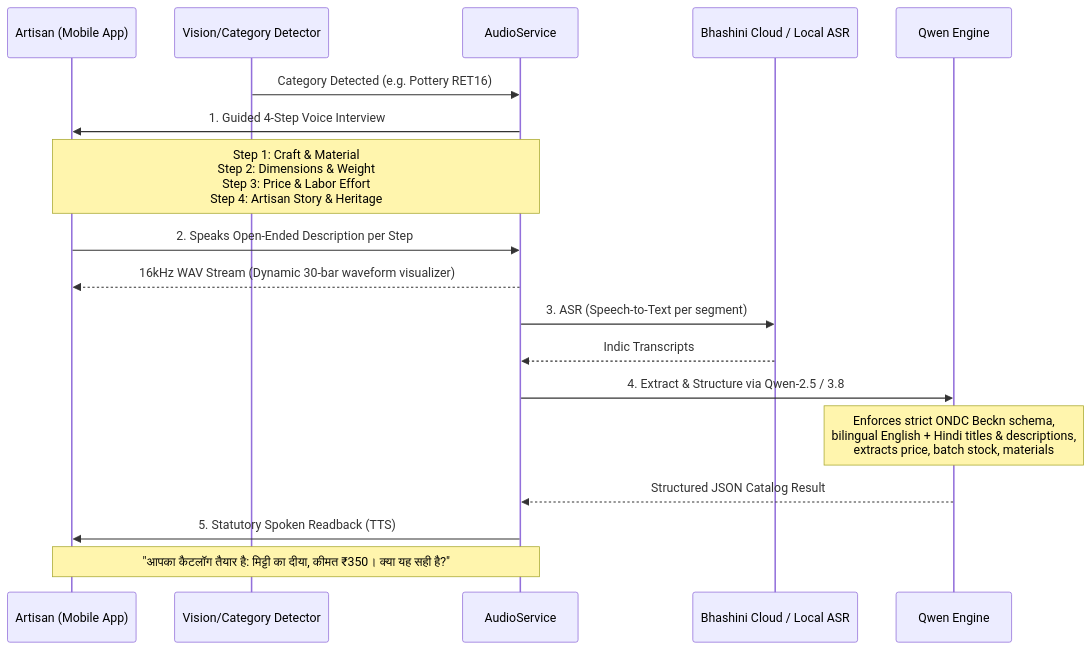
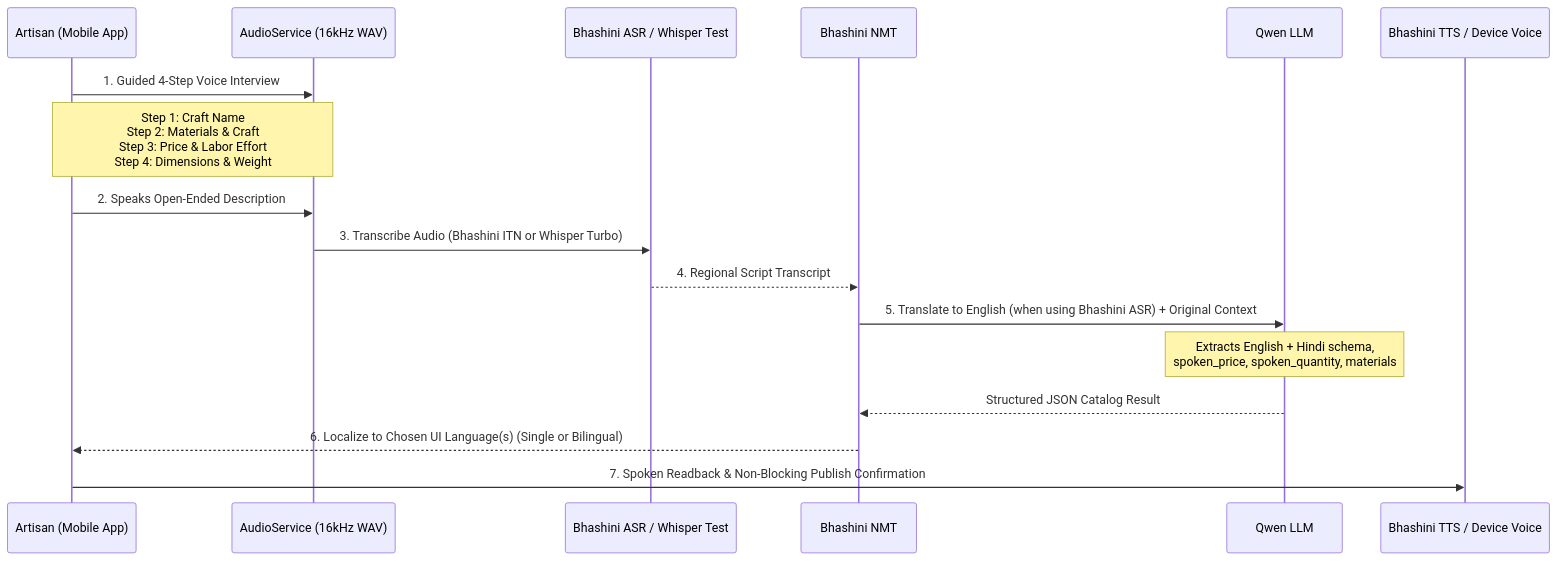
Before and after one commit to NotTheAmmar/project-zerotype: the diagram in artifacts/voice-pipeline-architecture.md, drawn with Mermaid. The commit also changed other lines of this file and 12 other files, not shown here.

Commit message:
feat: add homepage Bhashini/Whisper voice toggle, Render cache reset cleanup, and update artifacts

````diff
--- a/artifacts/voice-pipeline-architecture.md
+++ b/artifacts/voice-pipeline-architecture.md
@@ -9,25 +9,23 @@
 ```mermaid
 sequenceDiagram
     participant Artisan as Artisan (Mobile App)
-    participant Vision as Vision/Category Detector
-    participant Audio as AudioService
-    participant Bhashini as Bhashini Cloud / Local ASR
-    participant Qwen as Qwen Engine
-    
-    Vision->>Audio: Category Detected (e.g. Pottery RET16)
-    Audio->>Artisan: 1. Guided 4-Step Voice Interview
-    Note over Artisan,Audio: Step 1: Craft & Material<br/>Step 2: Dimensions & Weight<br/>Step 3: Price & Labor Effort<br/>Step 4: Artisan Story & Heritage
-    
-    Artisan->>Audio: 2. Speaks Open-Ended Description per Step
-    Audio-->>Artisan: 16kHz WAV Stream (Dynamic 30-bar waveform visualizer)
-    
-    Audio->>Bhashini: 3. ASR (Speech-to-Text per segment)
-    Bhashini-->>Audio: Indic Transcripts
-    
-    Audio->>Qwen: 4. Extract & Structure via Qwen-2.5 / 3.8
-    Note over Qwen: Enforces strict ONDC Beckn schema,<br/>bilingual English + Hindi titles & descriptions,<br/>extracts price, batch stock, materials
-    Qwen-->>Audio: Structured JSON Catalog Result
-    
-    Audio->>Artisan: 5. Statutory Spoken Readback (TTS)
-    Note over Audio,Artisan: "आपका कैटलॉग तैयार है: मिट्टी का दीया, कीमत ₹350। क्या यह सही है?"
+    participant Audio as AudioService (16kHz WAV)
+    participant STT as Bhashini ASR / Whisper Test
+    participant NMT as Bhashini NMT
+    participant Qwen as Qwen LLM
+    participant TTS as Bhashini TTS / Device Voice
+
+    Artisan->>Audio: 1. Guided 4-Step Voice Interview
+    Note over Artisan,Audio: Step 1: Craft Name<br/>Step 2: Materials & Craft<br/>Step 3: Price & Labor Effort<br/>Step 4: Dimensions & Weight
+
+    Artisan->>Audio: 2. Speaks Open-Ended Description
+    Audio->>STT: 3. Transcribe Audio (Bhashini ITN or Whisper Turbo)
+    STT-->>NMT: 4. Regional Script Transcript
+
+    NMT->>Qwen: 5. Translate to English (when using Bhashini ASR) + Original Context
+    Note over Qwen: Extracts English + Hindi schema,<br/>spoken_price, spoken_quantity, materials
+    Qwen-->>NMT: Structured JSON Catalog Result
+
+    NMT-->>Artisan: 6. Localize to Chosen UI Language(s) (Single or Bilingual)
+    Artisan->>TTS: 7. Spoken Readback & Non-Blocking Publish Confirmation
 ```
````
